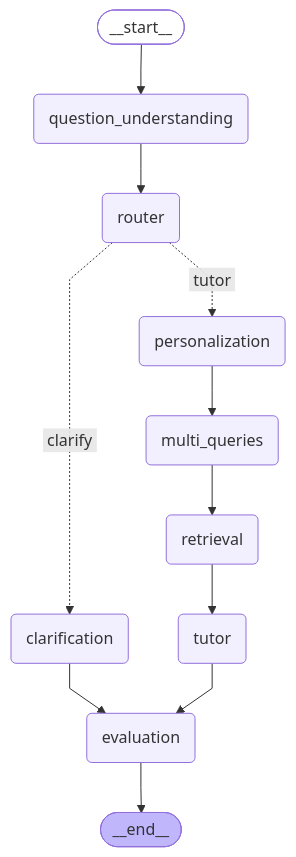
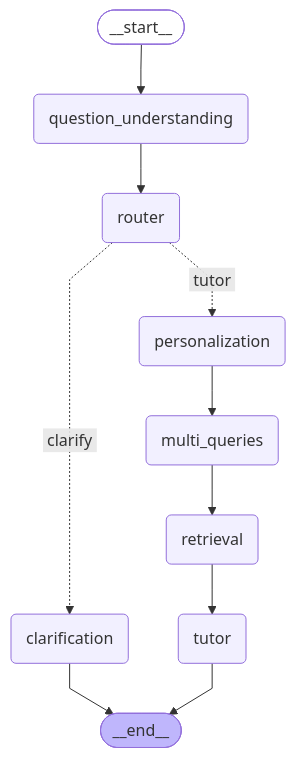
Before and after one commit to tariqmagsi/agentic-ai-tutor: the diagram in tutor_graph.mmd, drawn with Mermaid. The commit also changed 5 other files, not shown here.

```diff
--- a/tutor_graph.mmd
+++ b/tutor_graph.mmd
@@ -1,29 +1,27 @@
 ---
 config:
   flowchart:
     curve: linear
 ---
 graph TD;
 	__start__([<p>__start__</p>]):::first
 	question_understanding(question_understanding)
 	personalization(personalization)
 	router(router)
 	clarification(clarification)
 	retrieval(retrieval)
 	tutor(tutor)
-	evaluation(evaluation)
 	multi_queries(multi_queries)
 	__end__([<p>__end__</p>]):::last
 	__start__ --> question_understanding;
-	clarification --> evaluation;
 	multi_queries --> retrieval;
 	personalization --> multi_queries;
 	question_understanding --> router;
 	retrieval --> tutor;
 	router -. &nbsp;clarify&nbsp; .-> clarification;
 	router -. &nbsp;tutor&nbsp; .-> personalization;
-	tutor --> evaluation;
-	evaluation --> __end__;
+	clarification --> __end__;
+	tutor --> __end__;
 	classDef default fill:#f2f0ff,line-height:1.2
 	classDef first fill-opacity:0
 	classDef last fill:#bfb6fc
```
